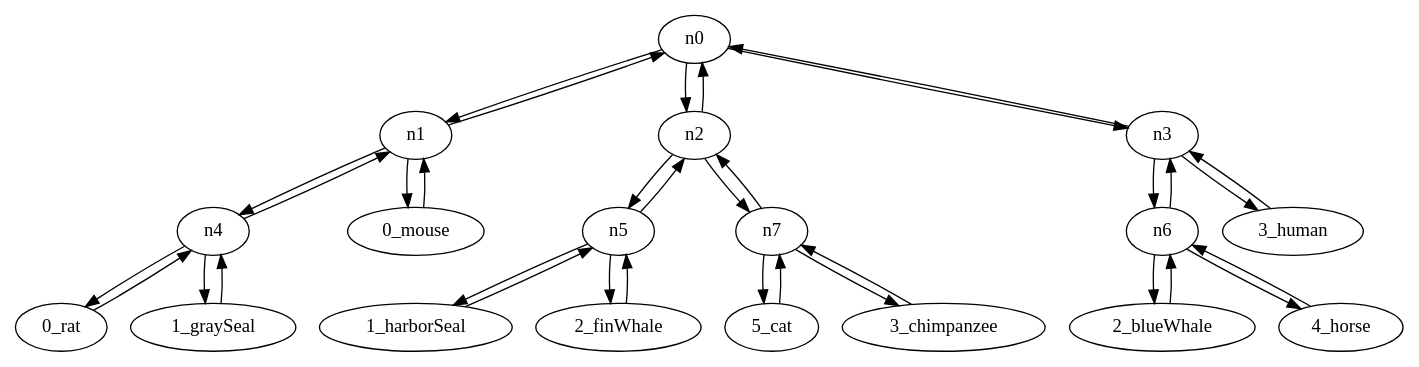
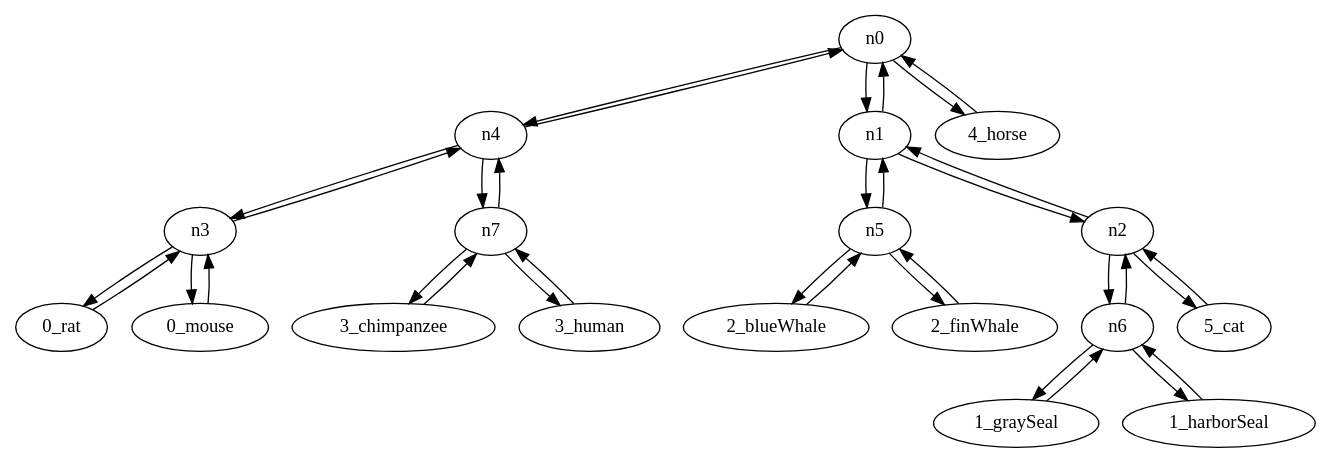
One commit to diogoazevedo15/zgli-showcase changed the diagram in doctest-output/round-table.gv. Above: the diagram before and after it, drawn with Graphviz. The commit also changed 7 other files, not shown here.

```diff
--- a/doctest-output/round-table.gv
+++ b/doctest-output/round-table.gv
@@ -1,55 +1,55 @@
 // The Round Table
 digraph "round-table" {
 	n0 [label=n0]
+	n0 -> n4
 	n0 -> n1
-	n0 -> n2
-	n0 -> n3
+	n0 -> "4_horse"
 	n1 [label=n1]
+	n1 -> n5
+	n1 -> n2
 	n1 -> n0
-	n1 -> n4
-	n1 -> "0_mouse"
 	n2 [label=n2]
-	n2 -> n0
-	n2 -> n5
-	n2 -> n7
+	n2 -> n1
+	n2 -> n6
+	n2 -> "5_cat"
 	n3 [label=n3]
-	n3 -> n0
-	n3 -> n6
-	n3 -> "3_human"
+	n3 -> n4
+	n3 -> "0_rat"
+	n3 -> "0_mouse"
 	n4 [label=n4]
-	n4 -> n1
-	n4 -> "0_rat"
-	n4 -> "1_graySeal"
+	n4 -> n7
+	n4 -> n0
+	n4 -> n3
 	n5 [label=n5]
-	n5 -> n2
-	n5 -> "1_harborSeal"
+	n5 -> n1
+	n5 -> "2_blueWhale"
 	n5 -> "2_finWhale"
 	n6 [label=n6]
-	n6 -> n3
-	n6 -> "2_blueWhale"
-	n6 -> "4_horse"
+	n6 -> n2
+	n6 -> "1_graySeal"
+	n6 -> "1_harborSeal"
 	n7 [label=n7]
-	n7 -> n2
-	n7 -> "5_cat"
+	n7 -> n4
 	n7 -> "3_chimpanzee"
-	"3_human" [label="3_human"]
-	"3_human" -> n3
-	"0_mouse" [label="0_mouse"]
-	"0_mouse" -> n1
-	"1_harborSeal" [label="1_harborSeal"]
-	"1_harborSeal" -> n5
+	n7 -> "3_human"
 	"0_rat" [label="0_rat"]
-	"0_rat" -> n4
+	"0_rat" -> n3
+	"2_blueWhale" [label="2_blueWhale"]
+	"2_blueWhale" -> n5
 	"1_graySeal" [label="1_graySeal"]
-	"1_graySeal" -> n4
+	"1_graySeal" -> n6
+	"5_cat" [label="5_cat"]
+	"5_cat" -> n2
 	"2_finWhale" [label="2_finWhale"]
 	"2_finWhale" -> n5
-	"2_blueWhale" [label="2_blueWhale"]
-	"2_blueWhale" -> n6
-	"4_horse" [label="4_horse"]
-	"4_horse" -> n6
-	"5_cat" [label="5_cat"]
-	"5_cat" -> n7
 	"3_chimpanzee" [label="3_chimpanzee"]
 	"3_chimpanzee" -> n7
+	"1_harborSeal" [label="1_harborSeal"]
+	"1_harborSeal" -> n6
+	"0_mouse" [label="0_mouse"]
+	"0_mouse" -> n3
+	"4_horse" [label="4_horse"]
+	"4_horse" -> n0
+	"3_human" [label="3_human"]
+	"3_human" -> n7
 }
```
